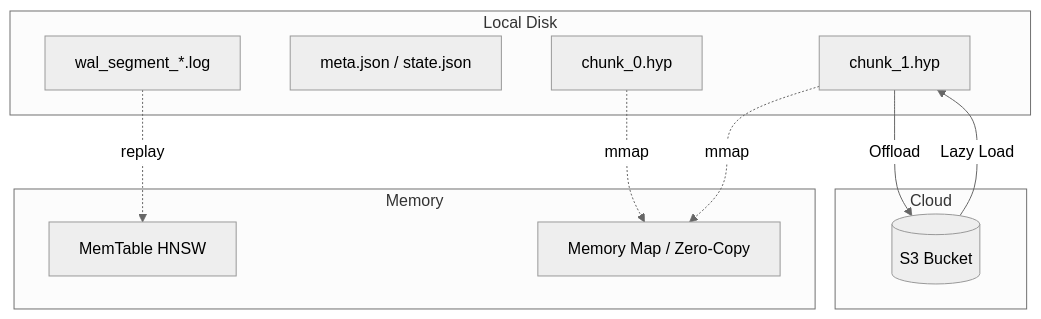
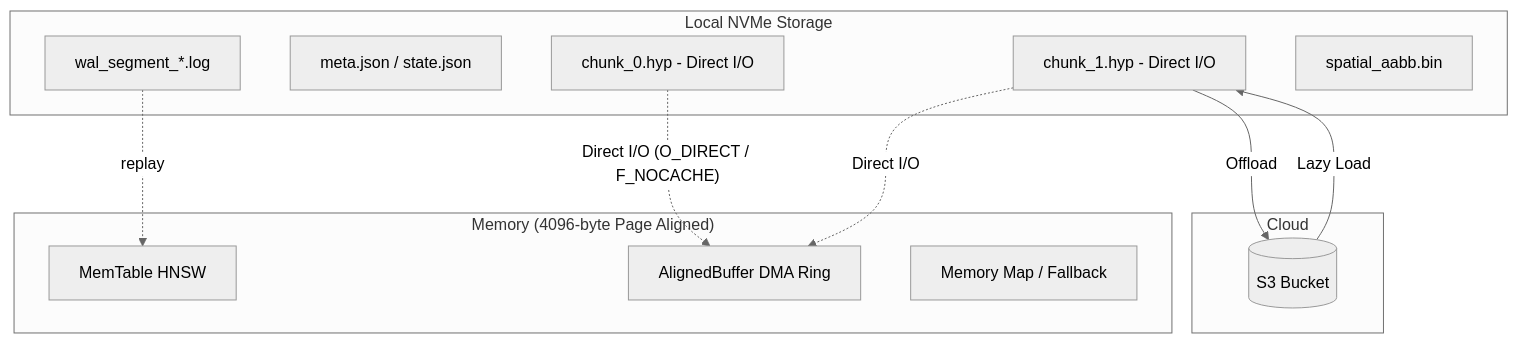
Before and after one commit to YARlabs/hyperspace-db: the fifth of 9 diagrams in ARCHITECTURE.md, drawn with Mermaid (neutral theme). The commit also changed other lines of this file and 51 other files, not shown here.

Commit message:
feat(v4.0.0): release HyperspaceDB v4.0.0 - Thread-per-Core engine, Direct I/O, PQ/OPQ, and Spatial AABB

````diff
--- a/ARCHITECTURE.md
+++ b/ARCHITECTURE.md
@@ -158,24 +206,26 @@
 ```mermaid
 graph TD
-    subgraph "Local Disk"
+    subgraph "Local NVMe Storage"
         WAL_FILES[wal_segment_*.log]
         META[meta.json / state.json]
-        C0[chunk_0.hyp]
-        C1[chunk_1.hyp]
+        C0[chunk_0.hyp - Direct I/O]
+        C1[chunk_1.hyp - Direct I/O]
+        AABB_FILE[spatial_aabb.bin]
     end
     
-    subgraph "Memory"
+    subgraph "Memory (4096-byte Page Aligned)"
         MEM_T[MemTable HNSW]
-        MMAP[Memory Map / Zero-Copy]
+        ALIGNED[AlignedBuffer DMA Ring]
+        MMAP[Memory Map / Fallback]
     end
 
     subgraph "Cloud"
         S3[(S3 Bucket)]
     end
     
-    C0 -.mmap.-> MMAP
-    C1 -.mmap.-> MMAP
+    C0 -.Direct I/O (O_DIRECT / F_NOCACHE).-> ALIGNED
+    C1 -.Direct I/O.-> ALIGNED
     WAL_FILES -.replay.-> MEM_T
     C1 --Offload--> S3
     S3 --Lazy Load--> C1
 ```
````
